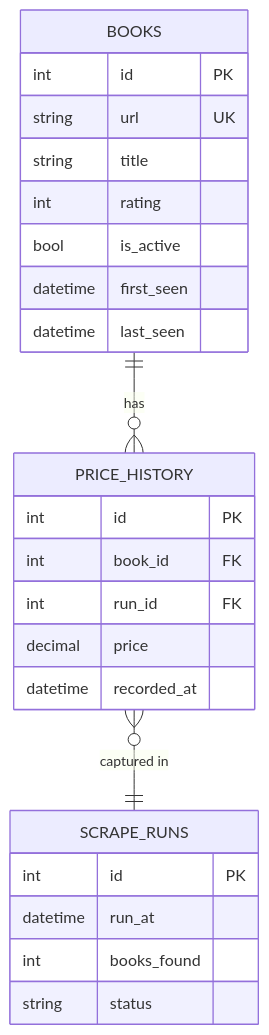
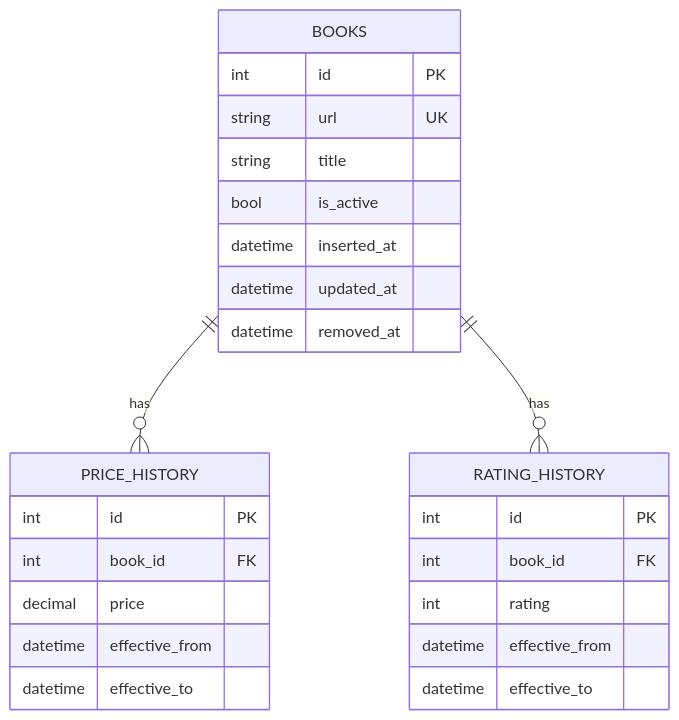
One commit to dhakalmahima188/Scrapping-Assignment changed the diagram in diagram_erd.md. Above: the diagram before and after it, drawn with Mermaid. The commit also changed other lines of this file and 3 other files, not shown here.

Commit message:
added rate change history and removed scrape rus table

````diff
--- a/diagram_erd.md
+++ b/diagram_erd.md
@@ -3,34 +3,33 @@
 ```mermaid
 erDiagram
-    SCRAPE_RUNS {
-        int     id          PK
-        datetime run_at
-        int     books_found
-        string  status
-    }
-
-  
-
     BOOKS {
         int     id          PK
         string  url         UK
         string  title
-        int     rating
-
         bool    is_active
-        datetime first_seen
-        datetime last_seen
+        datetime inserted_at
+        datetime updated_at
+        datetime removed_at
     }
 
     PRICE_HISTORY {
         int     id          PK
         int     book_id     FK
-        int     run_id      FK
         decimal price
-        datetime recorded_at
+        datetime effective_from 
+        datetime effective_to
+    }
+    
+    RATING_HISTORY {
+    	int id PK 
+    	int book_id FK 
+    	int rating 
+    	datetime effective_from
+    	datetime effective_to
     }
 
 
     BOOKS ||--o{ PRICE_HISTORY : "has"
-    PRICE_HISTORY }o--|| SCRAPE_RUNS : "captured in"
+    BOOKS ||--o{ RATING_HISTORY : "has"
+   
 ```
````
